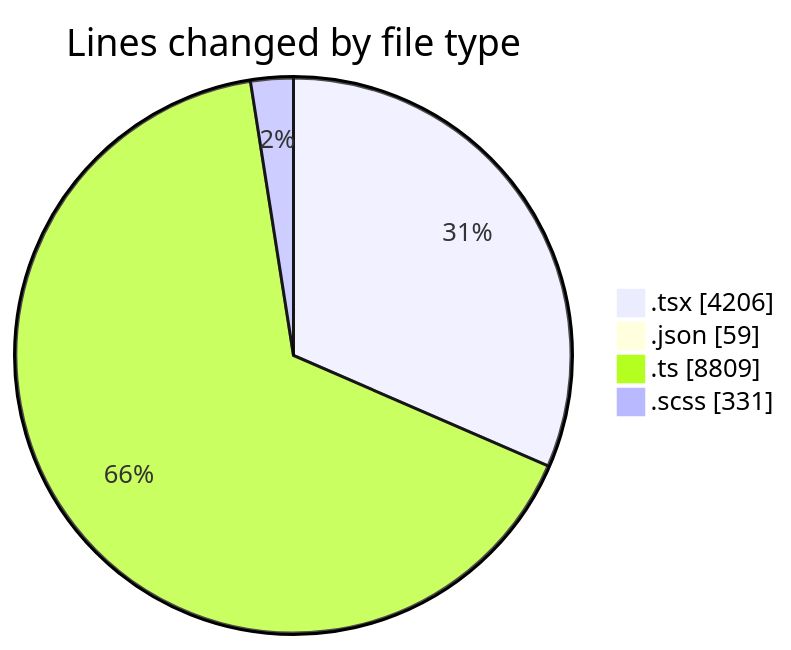
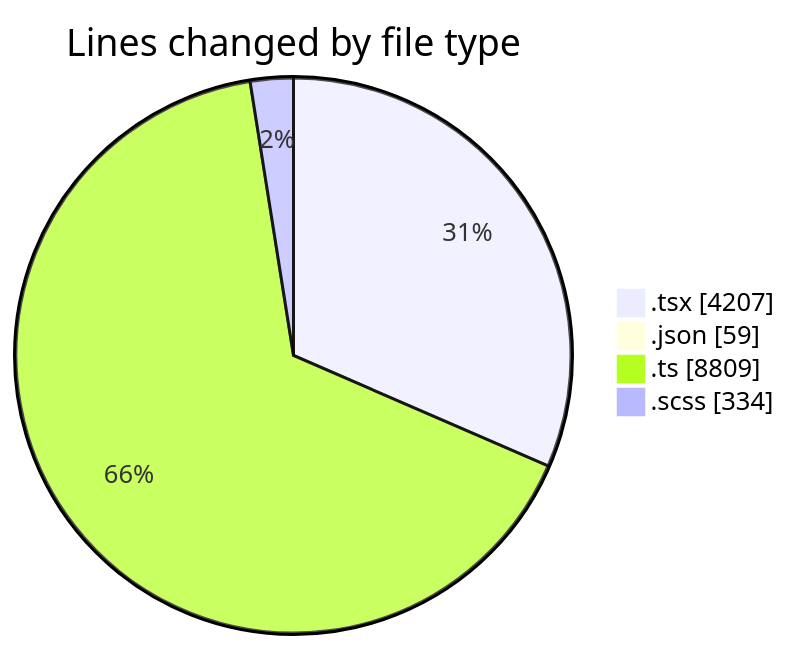
One commit to momahboobian/code-tracking changed the first of 2 diagrams in 2025-11-24/cda/README.md. Above: the diagram before and after it, drawn with Mermaid. The commit also changed other lines of this file and 1 other file, not shown here.

````diff
--- a/2025-11-24/cda/README.md
+++ b/2025-11-24/cda/README.md
@@ -35,8 +35,8 @@
 ```mermaid
 pie showData
 title Lines changed by file type
-".tsx" : 4206
+".tsx" : 4207
 ".json" : 59
 ".ts" : 8809
-".scss" : 331
+".scss" : 334
 ```
````
